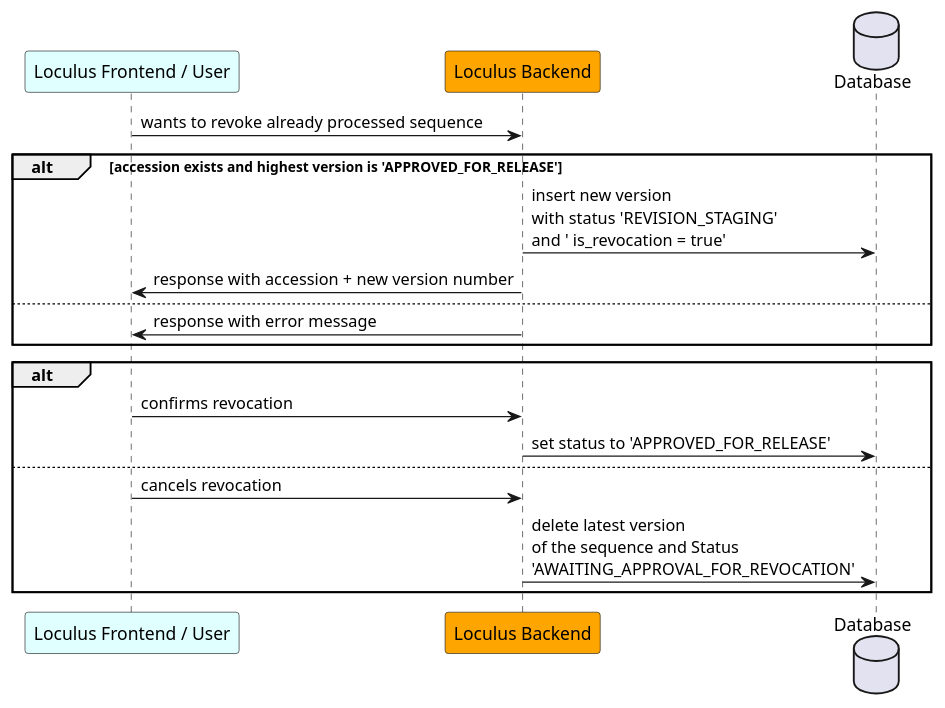
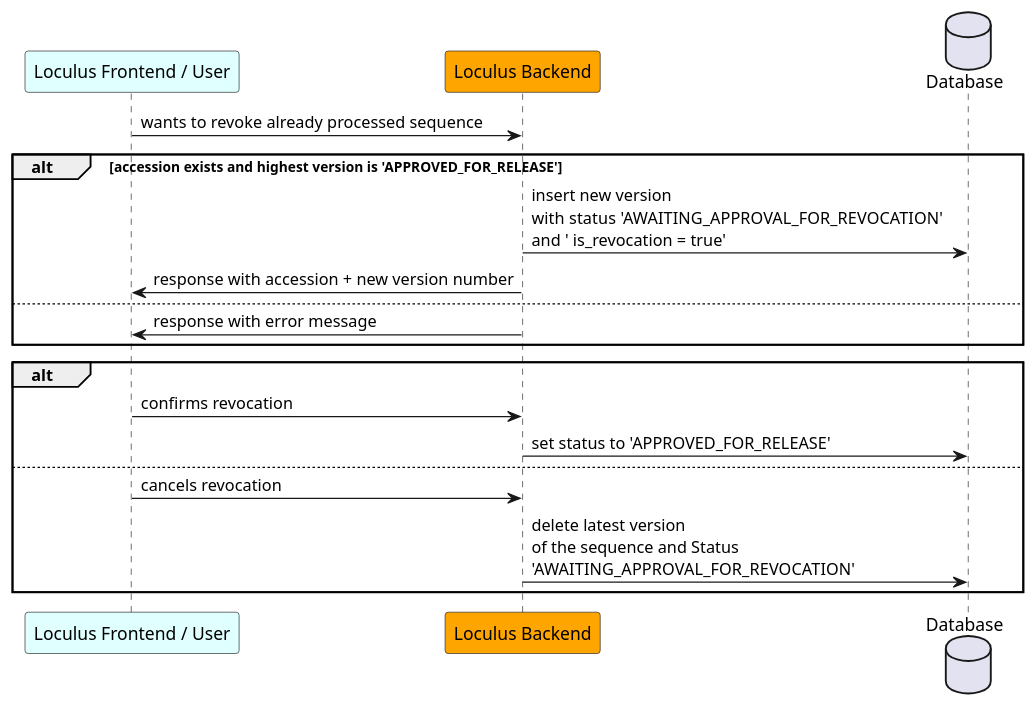
Before and after one commit to loculus-project/loculus: the diagram in backend/docs/plantuml/sequenceRevocation.puml, drawn with PlantUML. The commit also changed 2 other files, not shown here.

Commit message:
chore(docs): complete rename "STAGING" -> "AWAITING_APPROVAL"

```diff
--- a/backend/docs/plantuml/sequenceRevocation.puml
+++ b/backend/docs/plantuml/sequenceRevocation.puml
@@ -1,22 +1,22 @@
 @startuml
     participant "Loculus Frontend / User" as frontend #LightCyan
     participant "Loculus Backend" as backend #Orange
     database "Database" as DB
 
     frontend -> backend: wants to revoke already processed sequence
 
      alt accession exists and highest version is 'APPROVED_FOR_RELEASE'
-        backend -> DB: insert new version\nwith status 'REVISION_STAGING' \nand ' is_revocation = true'
+        backend -> DB: insert new version\nwith status 'AWAITING_APPROVAL_FOR_REVOCATION' \nand ' is_revocation = true'
     backend -> frontend: response with accession + new version number
     else
         backend -> frontend: response with error message
     end
 
     alt
         frontend -> backend: confirms revocation
         backend -> DB: set status to 'APPROVED_FOR_RELEASE'
     else
         frontend -> backend: cancels revocation
         backend -> DB: delete latest version \nof the sequence and Status \n'AWAITING_APPROVAL_FOR_REVOCATION'
     end
 @enduml
```
